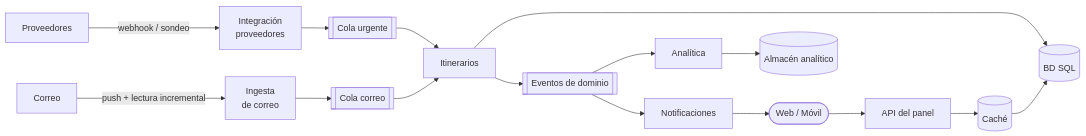
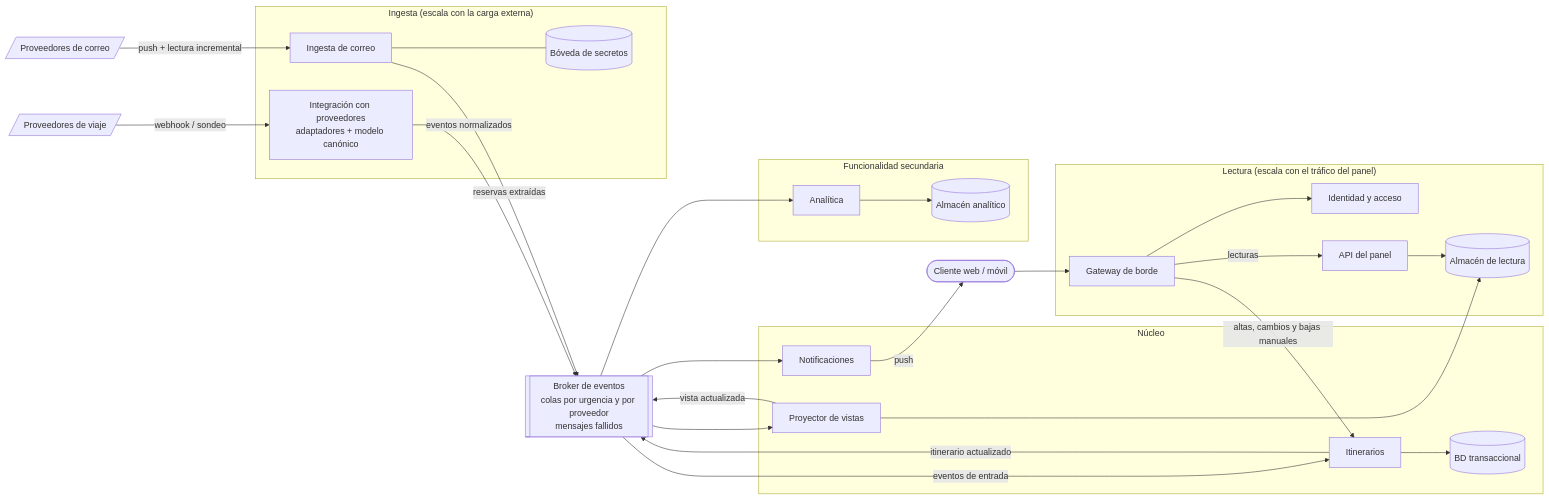
The first of 3 diagrams in Iteracion-1.md (matiascanova/TPE_SOFTWARE), drawn with Mermaid before and after one commit. The commit also changed other lines of this file, not shown here.

````diff
--- a/Iteracion-1.md
+++ b/Iteracion-1.md
@@ -72,17 +138,55 @@
 ```mermaid
 flowchart LR
-    P[Proveedores] -->|webhook / sondeo| IP[Integración<br/>proveedores]
-    M[Correo] -->|push + lectura incremental| IC[Ingesta<br/>de correo]
-
-    IP --> Q1[[Cola urgente]]
-    IC --> Q2[[Cola correo]]
-
-    Q1 --> IT[Itinerarios]
-    Q2 --> IT
-    IT --> DB[(BD SQL)]
-    IT --> Q3[[Eventos de dominio]]
-
-    Q3 --> N[Notificaciones] --> APP([Web / Móvil])
-    Q3 --> AN[Analítica] --> DW[(Almacén analítico)]
-    APP --> API[API del panel] --> C[(Caché)] --> DB
+    PRV[/"Proveedores de viaje"/]
+    EML[/"Proveedores de correo"/]
+    APP(["Cliente web / móvil"])
+ 
+    subgraph Ingesta["Ingesta (escala con la carga externa)"]
+        IP["Integración con proveedores<br/>adaptadores + modelo canónico"]
+        IC["Ingesta de correo"]
+        VLT[("Bóveda de secretos")]
+    end
+ 
+    BRK[["Broker de eventos<br/>colas por urgencia y por proveedor<br/>mensajes fallidos"]]
+ 
+    subgraph Nucleo["Núcleo"]
+        IT["Itinerarios"]
+        DBT[("BD transaccional")]
+        PV["Proyector de vistas"]
+        NT["Notificaciones"]
+    end
+ 
+    subgraph Lectura["Lectura (escala con el tráfico del panel)"]
+        GW["Gateway de borde"]
+        ID["Identidad y acceso"]
+        API["API del panel"]
+        RM[("Almacén de lectura")]
+    end
+ 
+    subgraph Secundario["Funcionalidad secundaria"]
+        AN["Analítica"]
+        DW[("Almacén analítico")]
+    end
+ 
+    PRV -->|webhook / sondeo| IP
+    EML -->|push + lectura incremental| IC
+    IC --- VLT
+    IP -->|eventos normalizados| BRK
+    IC -->|reservas extraídas| BRK
+    BRK -->|eventos de entrada| IT
+    IT --> DBT
+    IT -->|itinerario actualizado| BRK
+    BRK --> PV
+    PV --> RM
+    PV -->|vista actualizada| BRK
+    BRK --> NT
+    NT -->|push| APP
+    BRK --> AN
+    AN --> DW
+ 
+    APP --> GW
+    GW --> ID
+    GW -->|lecturas| API
+    API --> RM
+    GW -->|altas, cambios y bajas manuales| IT
 ```
````
